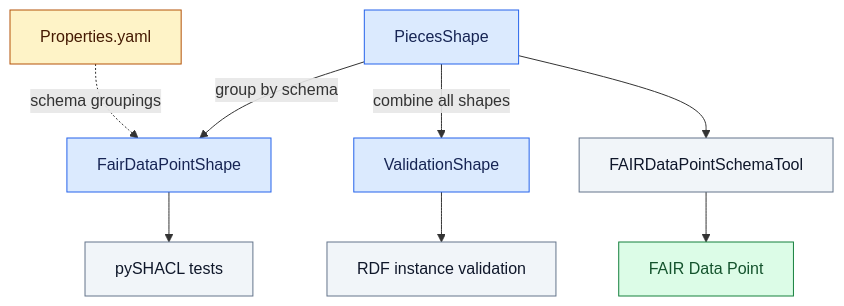
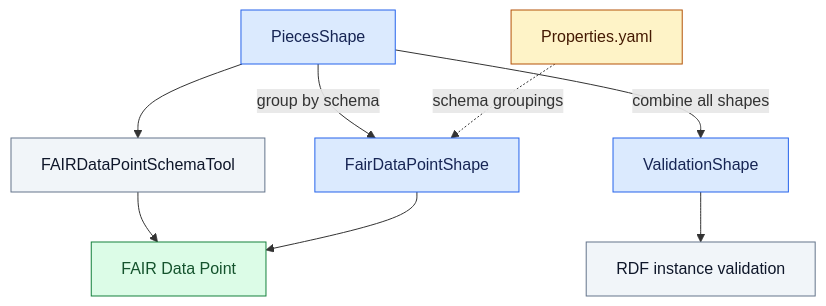
The diagram in Formalisation(shacl)/Core/README.md (Health-RI/health-ri-metadata), drawn with Mermaid before and after one commit. The commit also changed other lines of this file and 3 other files, not shown here.

Commit message:
docs: align SHACL packaging diagram and public-facing guidance

````diff
--- a/Formalisation(shacl)/Core/README.md
+++ b/Formalisation(shacl)/Core/README.md
@@ -21,20 +19,20 @@
 ```mermaid
 flowchart TD
     P["PiecesShape"] -->|group by schema| F["FairDataPointShape"]
     P -->|combine all shapes| V["ValidationShape"]
     Y["Properties.yaml"] -.->|schema groupings| F
     P --> S["FAIRDataPointSchemaTool"]
     S --> D["FAIR Data Point"]
-    F --> T["pySHACL tests"]
+    F --> D["FAIR Data Point"]
     V --> I["RDF instance validation"]
 
     classDef artifact fill:#DBEAFE,stroke:#2563EB,color:#172554;
     classDef configuration fill:#FEF3C7,stroke:#B45309,color:#451A03;
     classDef tool fill:#F1F5F9,stroke:#64748B,color:#0F172A;
     classDef service fill:#DCFCE7,stroke:#15803D,color:#14532D;
 
     class P,F,V artifact;
     class Y configuration;
-    class S,T,I tool;
+    class S,I tool;
     class D service;
 ```
````
